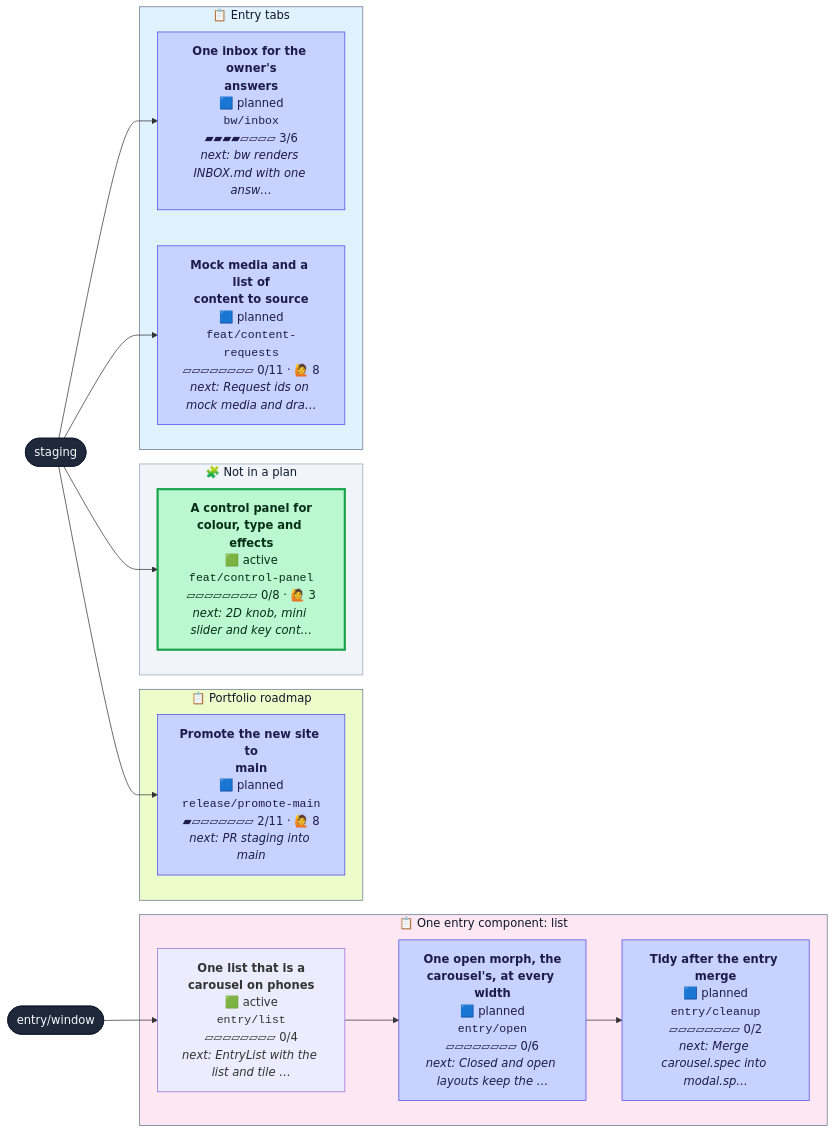
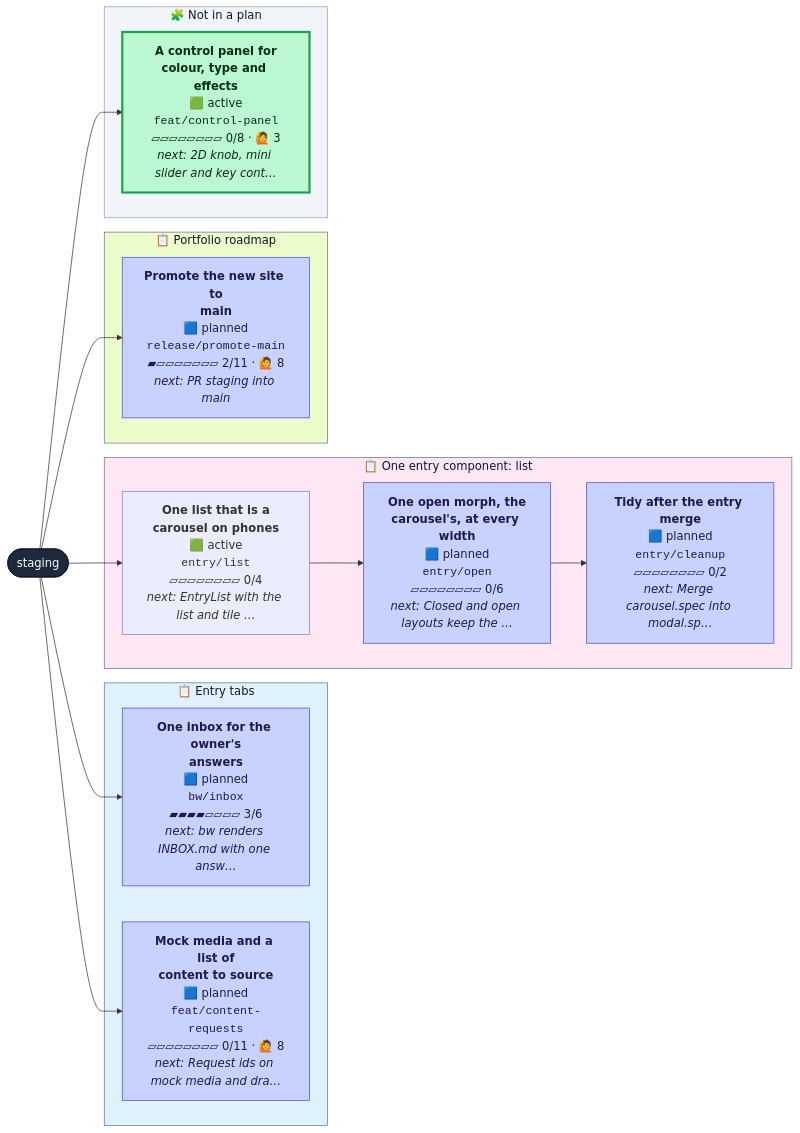
The diagram in CONTRIBUTING.md (henryjonescodes/portfolio), drawn with Mermaid before and after one commit. The commit also changed other lines of this file and 1 other file, not shown here.

````diff
--- a/CONTRIBUTING.md
+++ b/CONTRIBUTING.md
@@ -17,46 +16,44 @@
 ```mermaid
 flowchart LR
   n_staging([staging])
   class n_staging trunk
-  n_entry_window([entry/window])
-  class n_entry_window trunk
   subgraph plan_0["📋 Entry tabs"]
     n_bw_inbox["<b>One inbox for the owner's<br/>answers</b><br/>🟦 planned<br/><code>bw/inbox</code><br/>▰▰▰▰▱▱▱▱ 3/6<br/><i>next: bw renders INBOX.md with one answ…</i>"]
     class n_bw_inbox planned
     n_feat_content_requests["<b>Mock media and a list of<br/>content to source</b><br/>🟦 planned<br/><code>feat/content-requests</code><br/>▱▱▱▱▱▱▱▱ 0/11 · 🙋 8<br/><i>next: Request ids on mock media and dra…</i>"]
     class n_feat_content_requests planned
   end
   style plan_0 fill:#e0f2fe,stroke:#64748b,color:#0f172a
   subgraph plan_1["📋 One entry component: list"]
     n_entry_cleanup["<b>Tidy after the entry merge</b><br/>🟦 planned<br/><code>entry/cleanup</code><br/>▱▱▱▱▱▱▱▱ 0/2<br/><i>next: Merge carousel.spec into modal.sp…</i>"]
     class n_entry_cleanup planned
     n_entry_list["<b>One list that is a<br/>carousel on phones</b><br/>🟩 active<br/><code>entry/list</code><br/>▱▱▱▱▱▱▱▱ 0/4<br/><i>next: EntryList with the list and tile …</i>"]
     class n_entry_list active,current
     n_entry_open["<b>One open morph, the<br/>carousel's, at every width</b><br/>🟦 planned<br/><code>entry/open</code><br/>▱▱▱▱▱▱▱▱ 0/6<br/><i>next: Closed and open layouts keep the …</i>"]
     class n_entry_open planned
   end
   style plan_1 fill:#fce7f3,stroke:#64748b,color:#0f172a
   subgraph plan_2["📋 Portfolio roadmap"]
     n_release_promote_main["<b>Promote the new site to<br/>main</b><br/>🟦 planned<br/><code>release/promote-main</code><br/>▰▱▱▱▱▱▱▱ 2/11 · 🙋 8<br/><i>next: PR staging into main</i>"]
     class n_release_promote_main planned
   end
   style plan_2 fill:#ecfccb,stroke:#64748b,color:#0f172a
   subgraph loose["🧩 Not in a plan"]
     n_feat_control_panel["<b>A control panel for<br/>colour, type and effects</b><br/>🟩 active<br/><code>feat/control-panel</code><br/>▱▱▱▱▱▱▱▱ 0/8 · 🙋 3<br/><i>next: 2D knob, mini slider and key cont…</i>"]
     class n_feat_control_panel active
   end
   style loose fill:#f1f5f9,stroke:#94a3b8,color:#0f172a
   n_staging --> n_bw_inbox
   n_entry_open --> n_entry_cleanup
-  n_entry_window --> n_entry_list
+  n_staging --> n_entry_list
   n_entry_list --> n_entry_open
   n_staging --> n_feat_content_requests
   n_staging --> n_feat_control_panel
   n_staging --> n_release_promote_main
   classDef planned fill:#c7d2fe,stroke:#4f46e5,color:#1e1b4b
   classDef active fill:#bbf7d0,stroke:#16a34a,stroke-width:3px,color:#052e16
   classDef review fill:#fde68a,stroke:#d97706,stroke-width:3px,color:#451a03
   classDef blocked fill:#fecaca,stroke:#dc2626,stroke-width:3px,color:#450a0a
   classDef trunk fill:#1e293b,stroke:#0f172a,color:#f8fafc
   classDef current stroke:#0ea5e9,stroke-width:5px
 ```
````
